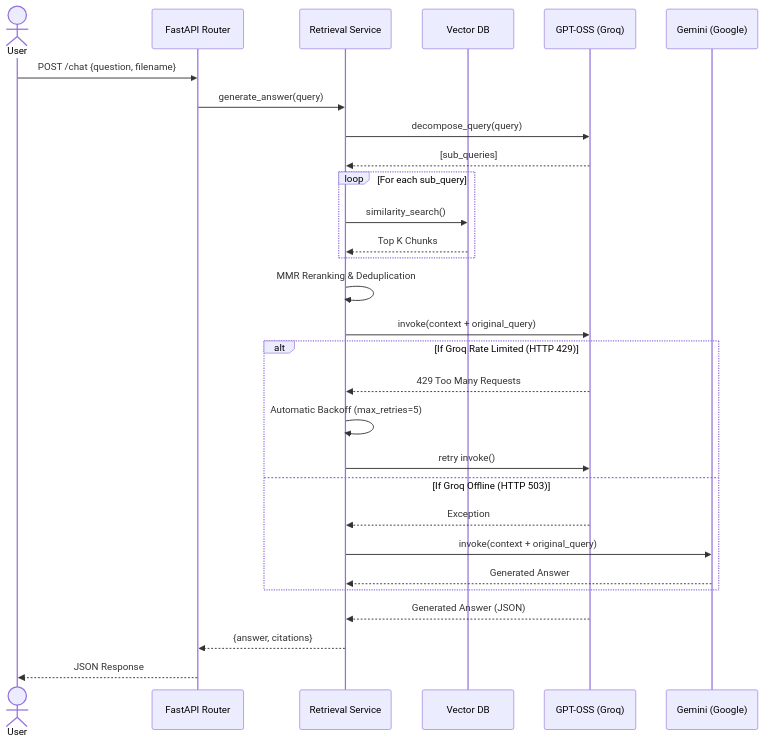
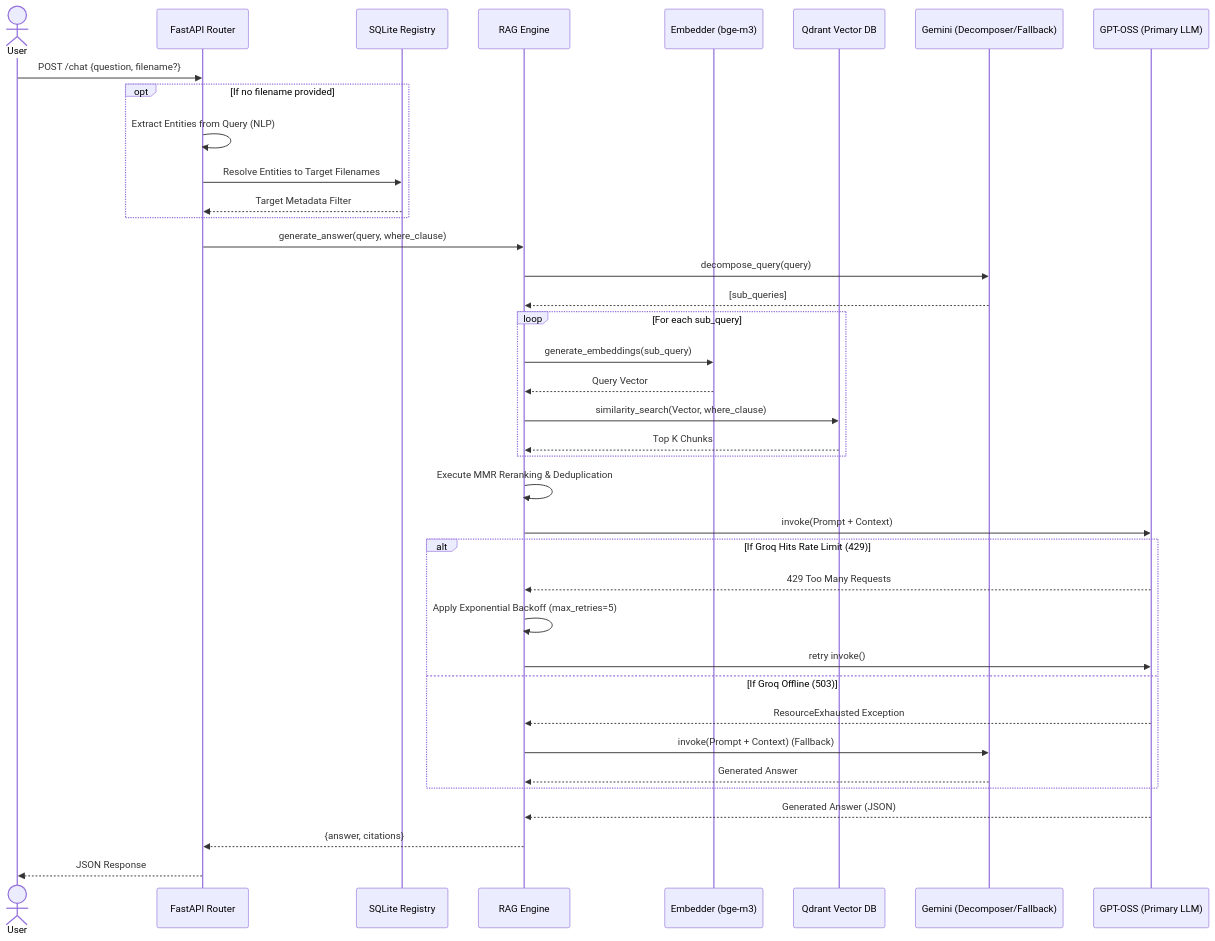
One commit to atharv0894/RATAN changed the second of 2 diagrams in README.md. Above: the diagram before and after it, drawn with Mermaid. The commit also changed other lines of this file and 2 other files, not shown here.

Commit message:
Update architectural flowcharts in README to precisely match pipeline logic

````diff
--- a/README.md
+++ b/README.md
@@ -64,36 +70,48 @@
 ```mermaid
 sequenceDiagram
     actor User
     participant API as FastAPI Router
-    participant Retriever as Retrieval Service
-    participant Qdrant as Vector DB
-    participant LLM as GPT-OSS (Groq)
-    participant Fallback as Gemini (Google)
+    participant SQLite as SQLite Registry
+    participant RAG as RAG Engine
+    participant Embed as Embedder (bge-m3)
+    participant Qdrant as Qdrant Vector DB
+    participant Gemini as Gemini (Decomposer/Fallback)
+    participant Groq as GPT-OSS (Primary LLM)
 
-    User->>API: POST /chat {question, filename}
-    API->>Retriever: generate_answer(query)
-    Retriever->>LLM: decompose_query(query)
-    LLM-->>Retriever: [sub_queries]
+    User->>API: POST /chat {question, filename?}
+    
+    opt If no filename provided
+        API->>API: Extract Entities from Query (NLP)
+        API->>SQLite: Resolve Entities to Target Filenames
+        SQLite-->>API: Target Metadata Filter
+    end
+    
+    API->>RAG: generate_answer(query, where_clause)
+    
+    RAG->>Gemini: decompose_query(query)
+    Gemini-->>RAG: [sub_queries]
     
     loop For each sub_query
-        Retriever->>Qdrant: similarity_search()
-        Qdrant-->>Retriever: Top K Chunks
+        RAG->>Embed: generate_embeddings(sub_query)
+        Embed-->>RAG: Query Vector
+        RAG->>Qdrant: similarity_search(Vector, where_clause)
+        Qdrant-->>RAG: Top K Chunks
     end
     
-    Retriever->>Retriever: MMR Reranking & Deduplication
-    Retriever->>LLM: invoke(context + original_query)
+    RAG->>RAG: Execute MMR Reranking & Deduplication
+    RAG->>Groq: invoke(Prompt + Context)
     
-    alt If Groq Rate Limited (HTTP 429)
-        LLM-->>Retriever: 429 Too Many Requests
-        Retriever->>Retriever: Automatic Backoff (max_retries=5)
-        Retriever->>LLM: retry invoke()
-    else If Groq Offline (HTTP 503)
-        LLM-->>Retriever: Exception
-        Retriever->>Fallback: invoke(context + original_query)
-        Fallback-->>Retriever: Generated Answer
+    alt If Groq Hits Rate Limit (429)
+        Groq-->>RAG: 429 Too Many Requests
+        RAG->>RAG: Apply Exponential Backoff (max_retries=5)
+        RAG->>Groq: retry invoke()
+    else If Groq Offline (503)
+        Groq-->>RAG: ResourceExhausted Exception
+        RAG->>Gemini: invoke(Prompt + Context) (Fallback)
+        Gemini-->>RAG: Generated Answer
     end
     
-    LLM-->>Retriever: Generated Answer (JSON)
-    Retriever-->>API: {answer, citations}
+    Groq-->>RAG: Generated Answer (JSON)
+    RAG-->>API: {answer, citations}
     API-->>User: JSON Response
 ```
````
